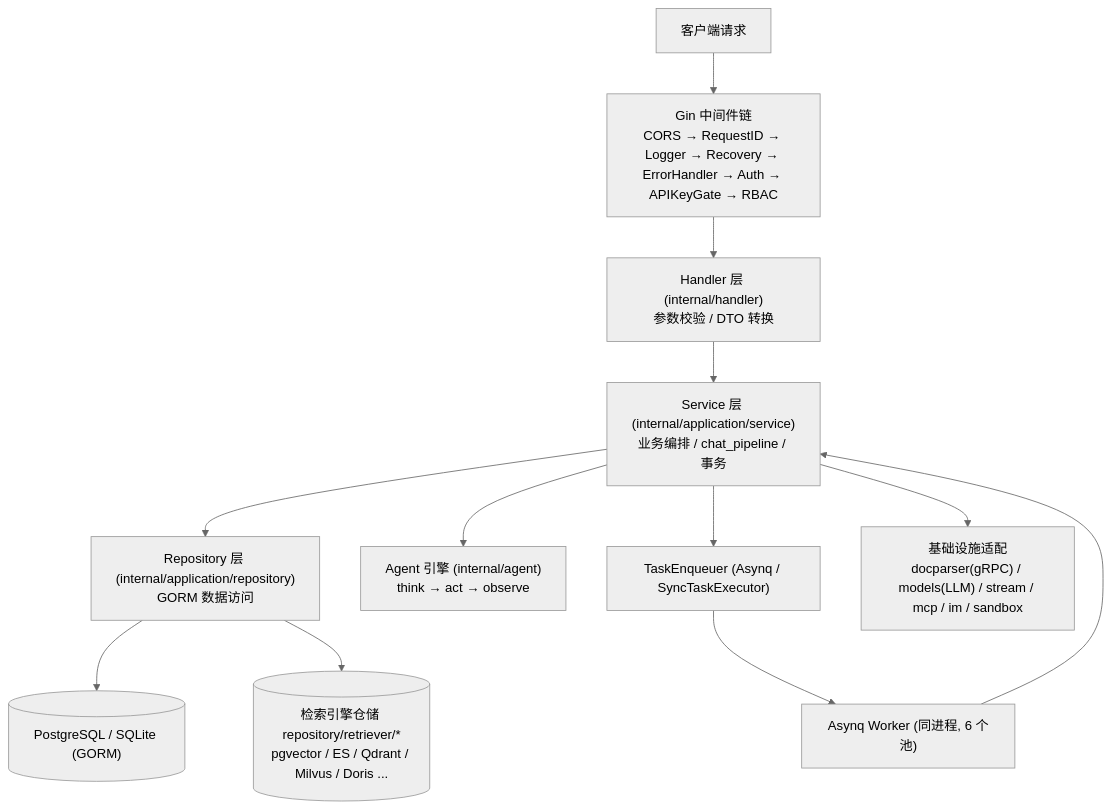
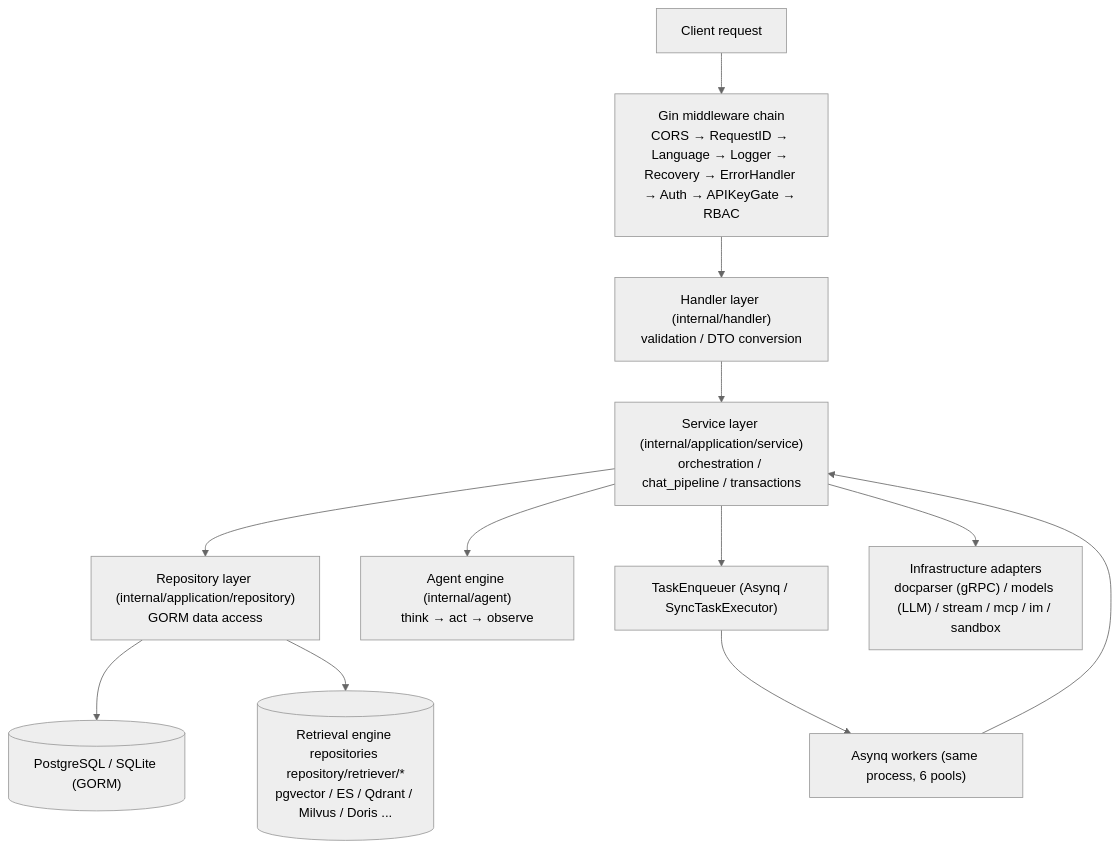
The first of 3 diagrams in website-docs/02-architecture/02-backend-design.md (jrmatherly/ai-kb), drawn with Mermaid (neutral theme) before and after one commit. The commit also changed other lines of this file and 7 other files, not shown here.

First line of the commit message:
docs(architecture): translate to English, rebrand to AI KB, verify against code

````diff
--- a/website-docs/02-architecture/02-backend-design.md
+++ b/website-docs/02-architecture/02-backend-design.md
@@ -19,14 +19,14 @@
 ```mermaid
 graph TD
-    C["客户端请求"] --> MW["Gin 中间件链<br/>CORS → RequestID → Logger → Recovery → ErrorHandler → Auth → APIKeyGate → RBAC"]
-    MW --> H["Handler 层 (internal/handler)<br/>参数校验 / DTO 转换"]
-    H --> S["Service 层 (internal/application/service)<br/>业务编排 / chat_pipeline / 事务"]
-    S --> R["Repository 层 (internal/application/repository)<br/>GORM 数据访问"]
-    S --> AG["Agent 引擎 (internal/agent)<br/>think → act → observe"]
+    C["Client request"] --> MW["Gin middleware chain<br/>CORS → RequestID → Language → Logger → Recovery → ErrorHandler → Auth → APIKeyGate → RBAC"]
+    MW --> H["Handler layer (internal/handler)<br/>validation / DTO conversion"]
+    H --> S["Service layer (internal/application/service)<br/>orchestration / chat_pipeline / transactions"]
+    S --> R["Repository layer (internal/application/repository)<br/>GORM data access"]
+    S --> AG["Agent engine (internal/agent)<br/>think → act → observe"]
     S --> Q["TaskEnqueuer (Asynq / SyncTaskExecutor)"]
     R --> DB[("PostgreSQL / SQLite (GORM)")]
-    R --> VS[("检索引擎仓储 repository/retriever/*<br/>pgvector / ES / Qdrant / Milvus / Doris ...")]
-    S --> INF["基础设施适配<br/>docparser(gRPC) / models(LLM) / stream / mcp / im / sandbox"]
-    Q --> W["Asynq Worker (同进程, 6 个池)"]
+    R --> VS[("Retrieval engine repositories repository/retriever/*<br/>pgvector / ES / Qdrant / Milvus / Doris ...")]
+    S --> INF["Infrastructure adapters<br/>docparser (gRPC) / models (LLM) / stream / mcp / im / sandbox"]
+    Q --> W["Asynq workers (same process, 6 pools)"]
     W --> S
 ```
````
